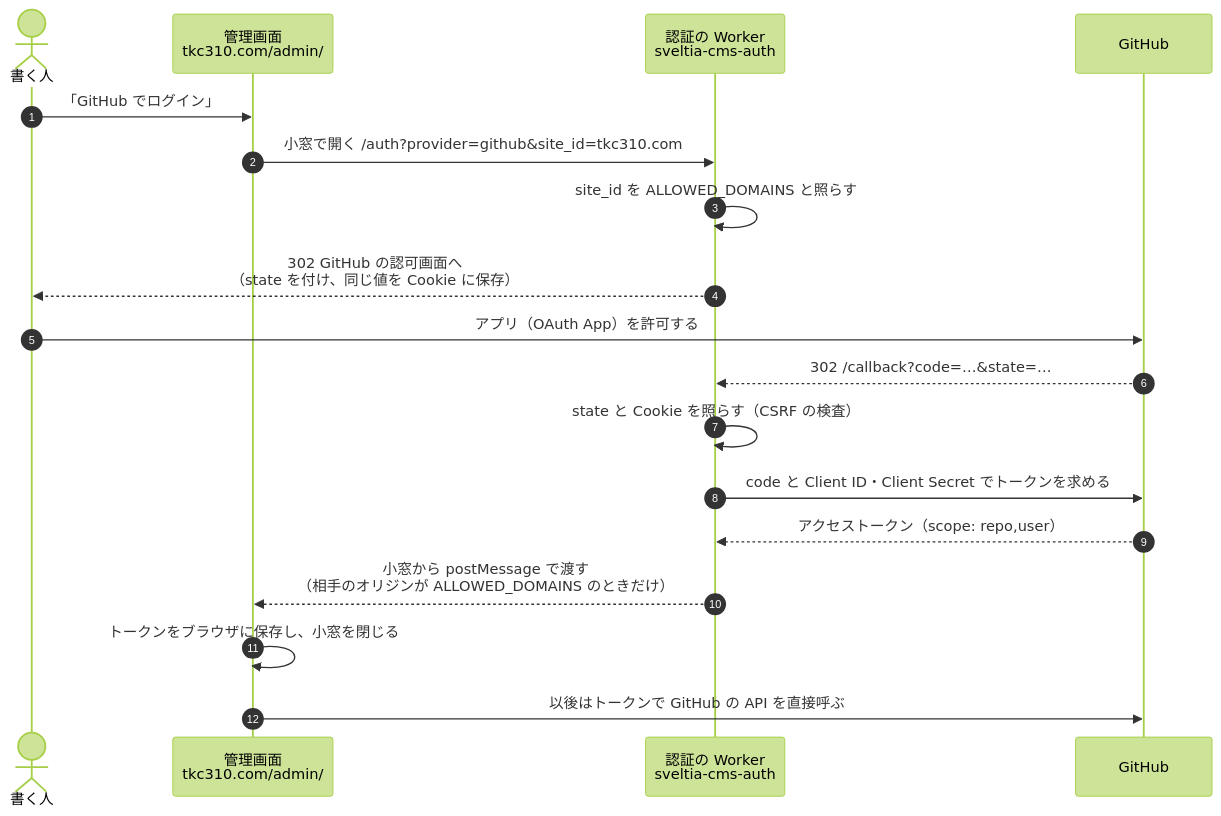
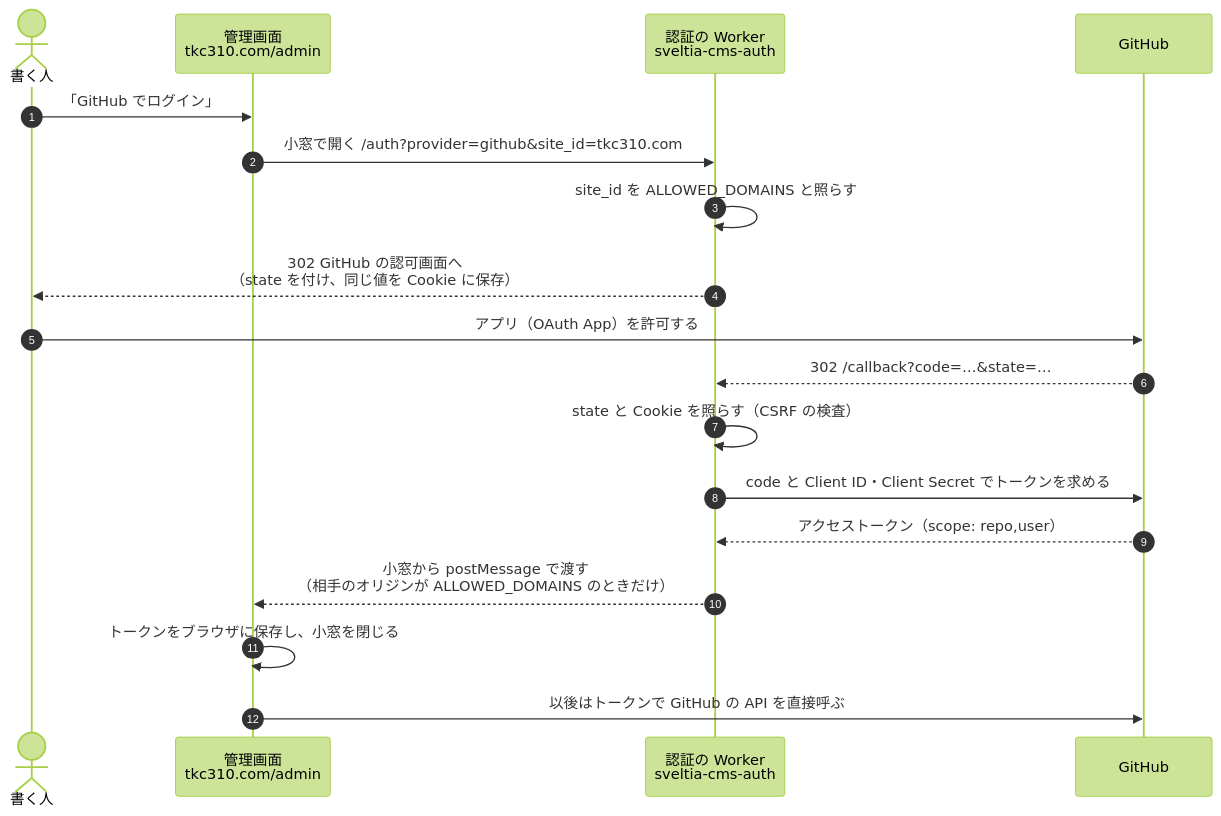
The first of 2 diagrams in docs/cms.md (tkc310/astro-blog), drawn with Mermaid (forest theme) before and after one commit. The commit also changed other lines of this file and 19 other files, not shown here.

````diff
--- a/docs/cms.md
+++ b/docs/cms.md
@@ -18,21 +20,21 @@
 ```mermaid
 sequenceDiagram
     autonumber
     actor U as 書く人
-    participant CMS as 管理画面<br/>tkc310.com/admin/
+    participant CMS as 管理画面<br/>tkc310.com/admin
     participant W as 認証の Worker<br/>sveltia-cms-auth
     participant GH as GitHub
 
     U->>CMS: 「GitHub でログイン」
     CMS->>W: 小窓で開く /auth?provider=github&site_id=tkc310.com
     W->>W: site_id を ALLOWED_DOMAINS と照らす
     W-->>U: 302 GitHub の認可画面へ<br/>（state を付け、同じ値を Cookie に保存）
     U->>GH: アプリ（OAuth App）を許可する
     GH-->>W: 302 /callback?code=…&state=…
     W->>W: state と Cookie を照らす（CSRF の検査）
     W->>GH: code と Client ID・Client Secret でトークンを求める
     GH-->>W: アクセストークン（scope: repo,user）
     W-->>CMS: 小窓から postMessage で渡す<br/>（相手のオリジンが ALLOWED_DOMAINS のときだけ）
     CMS->>CMS: トークンをブラウザに保存し、小窓を閉じる
     CMS->>GH: 以後はトークンで GitHub の API を直接呼ぶ
 ```
````
